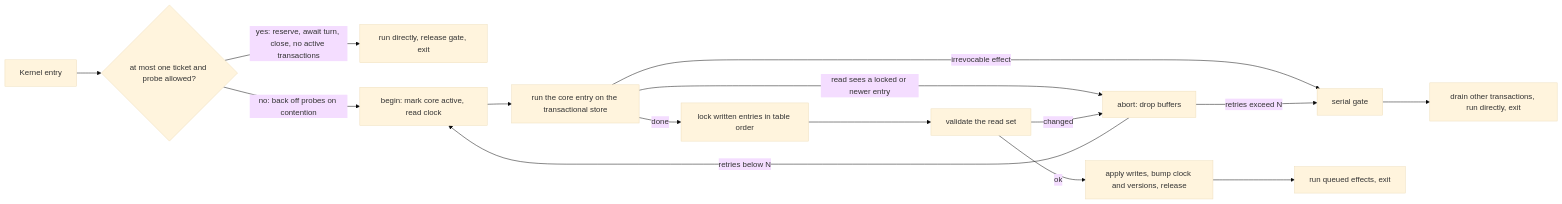
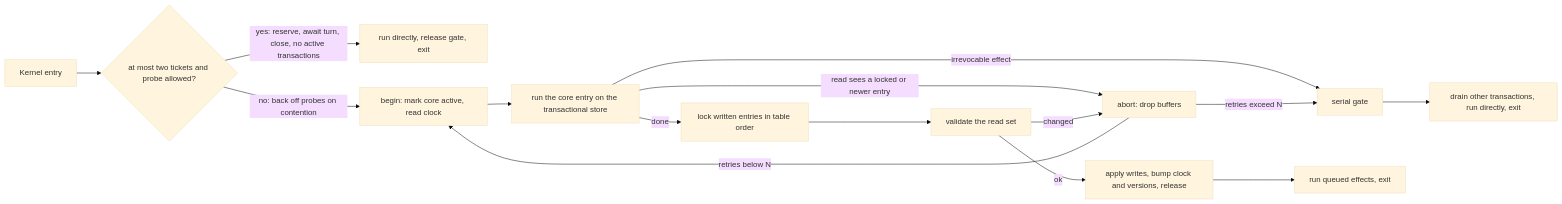
The diagram in DESIGN.md (CommaBot/FL4), drawn with Mermaid (base theme) before and after one commit. The commit also changed other lines of this file and 36 other files, not shown here.

````diff
--- a/DESIGN.md
+++ b/DESIGN.md
@@ -291,17 +292,17 @@
 ``` mermaid
 flowchart LR
-  E[Kernel entry] --> P{at most one ticket and probe allowed?}
+  E[Kernel entry] --> P{at most two tickets and probe allowed?}
   P -->|yes: reserve, await turn, close, no active transactions| Q[run directly, release gate, exit]
   P -->|no: back off probes on contention| B[begin: mark core active, read clock]
   B --> R[run the core entry on the transactional store]
   R -->|read sees a locked or newer entry| A[abort: drop buffers]
   R -->|irrevocable effect| S[serial gate]
   R -->|done| C[lock written entries in table order]
   C --> V[validate the read set]
   V -->|changed| A
   V -->|ok| W[apply writes, bump clock and versions, release]
   W --> F[run queued effects, exit]
   A -->|retries below N| B
   A -->|retries exceed N| S
   S --> D[drain other transactions, run directly, exit]
 ```
````
